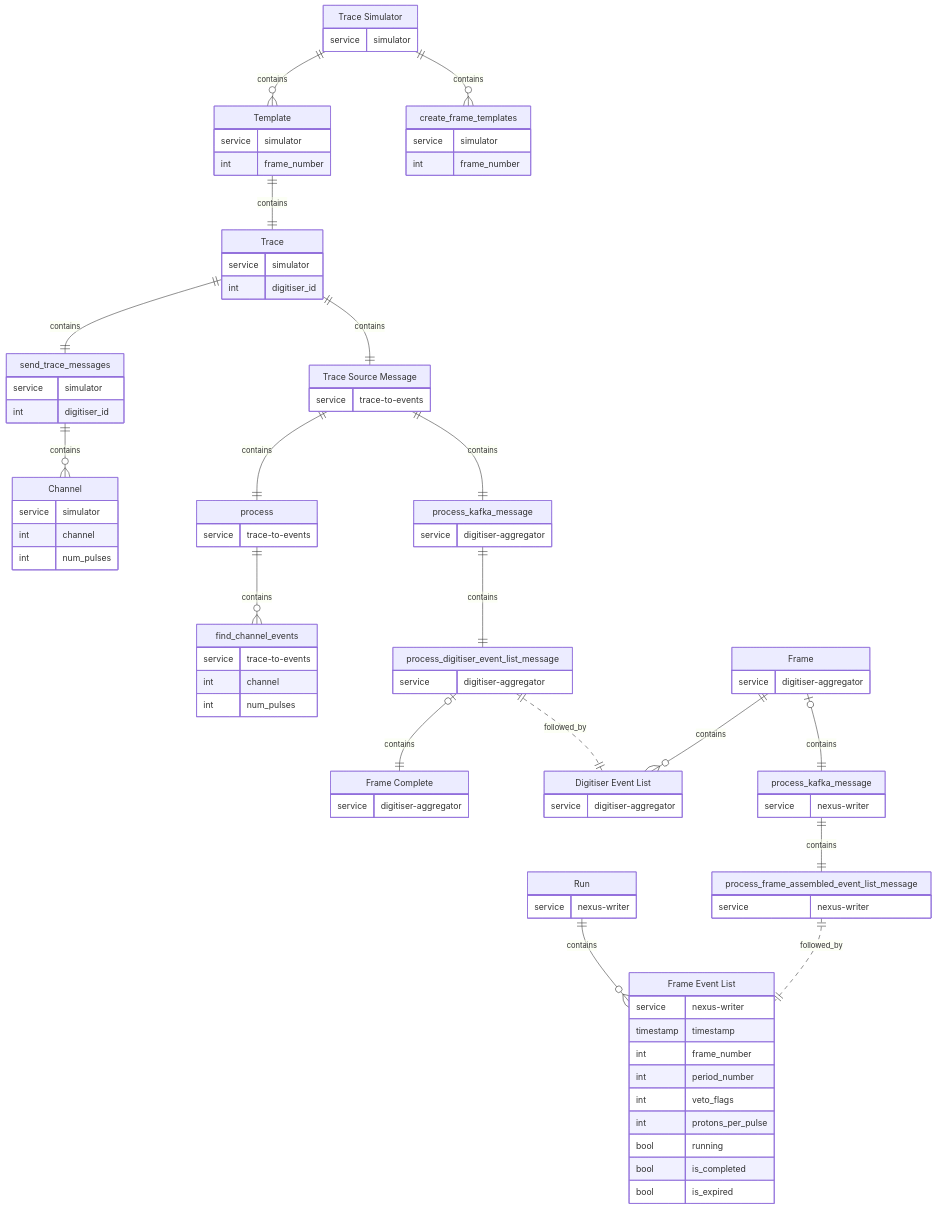
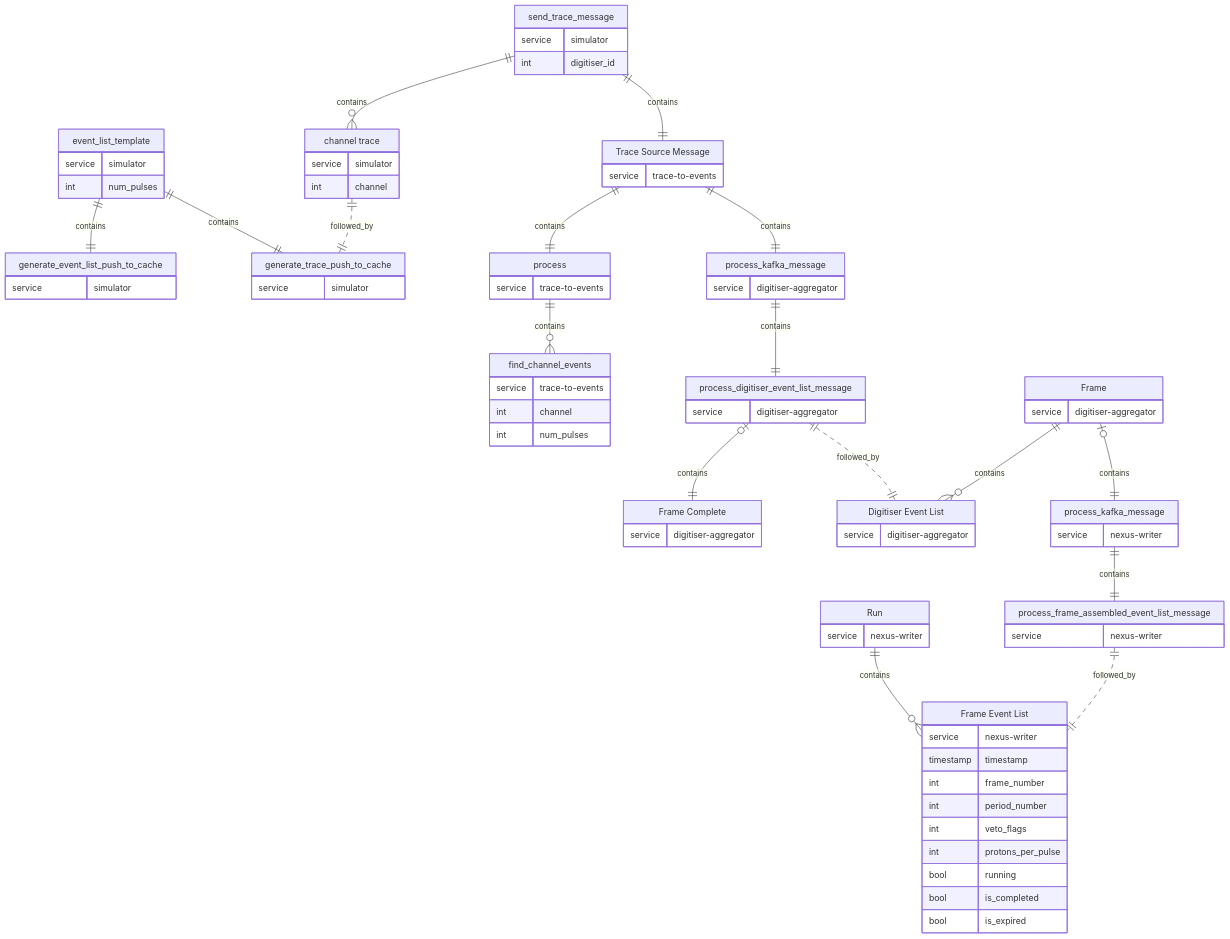
The first of 4 diagrams in docs/tracing.md (STFC-ICD-Research-and-Design/supermusr-data-pipeline), drawn with Mermaid before and after one commit.

Commit message:
Modified tracing doc

````diff
--- a/docs/tracing.md
+++ b/docs/tracing.md
@@ -78,39 +78,31 @@
 ```mermaid
 erDiagram
-    SIMULATOR["Trace Simulator"] {
+    EVENT_LIST_TEMPLATE["event_list_template"] {
+        service simulator
+        int num_pulses
+    }
+    GEN_EVENT_LIST["generate_event_list_push_to_cache"] {
         service simulator
     }
-    TEMPLATE["Template"] {
+    EVENT_LIST_TEMPLATE ||--|| GEN_EVENT_LIST : contains
+    GEN_TRACE["generate_trace_push_to_cache"] {
         service simulator
-        int frame_number
     }
-    SIMULATOR ||--o{ TEMPLATE : contains
-    SIM_TRACE["Trace"] {
+    EVENT_LIST_TEMPLATE ||--|| GEN_TRACE : contains
+    SEND_CHANNEL_TRACE["channel trace"] {
+        service simulator
+        int channel
+    }
+    SEND_CHANNEL_TRACE ||..|| GEN_TRACE : followed_by
+    SEND_TRACE["send_trace_message"] {
         service simulator
         int digitiser_id
     }
-    TEMPLATE ||--|| SIM_TRACE : contains
-    SEND_TRC_MSG["send_trace_messages"] {
-        service simulator
-        int digitiser_id
-    }
-    SIM_TRACE ||--|| SEND_TRC_MSG : contains
-    TRACE_CHNLS["Channel"] {
-        service simulator
-        int channel
-        int num_pulses
-    }
-    SEND_TRC_MSG ||--o{ TRACE_CHNLS : contains
-    CREATE_FRM_TMPLS["create_frame_templates"] {
-        service simulator
-        int frame_number
-    }
-    SIMULATOR ||--o{ CREATE_FRM_TMPLS : contains
-
+    SEND_TRACE ||--o{ SEND_CHANNEL_TRACE : contains
     TRACE_SRC_MSG["Trace Source Message"] {
         service trace-to-events
     }
-    SIM_TRACE ||--|| TRACE_SRC_MSG : contains
+    SEND_TRACE ||--|| TRACE_SRC_MSG : contains
     PROCESS["process"] {
         service trace-to-events
     }
````
